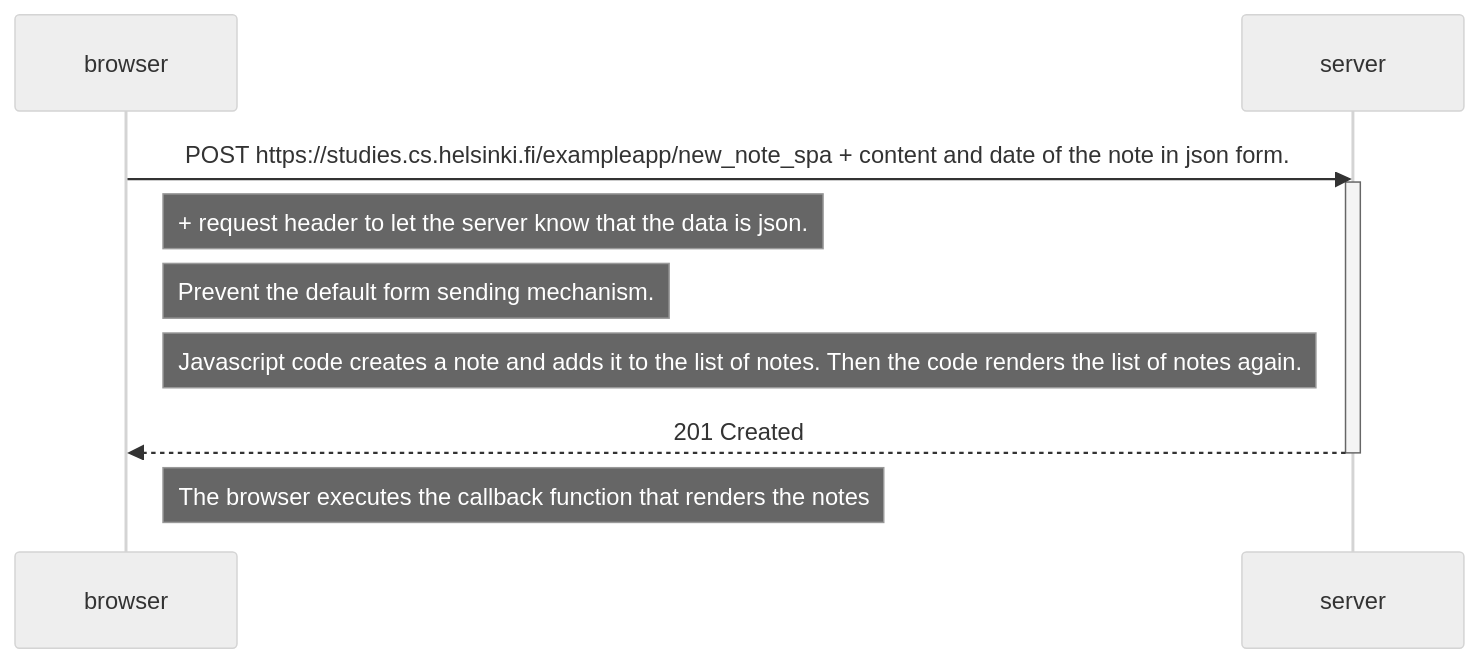
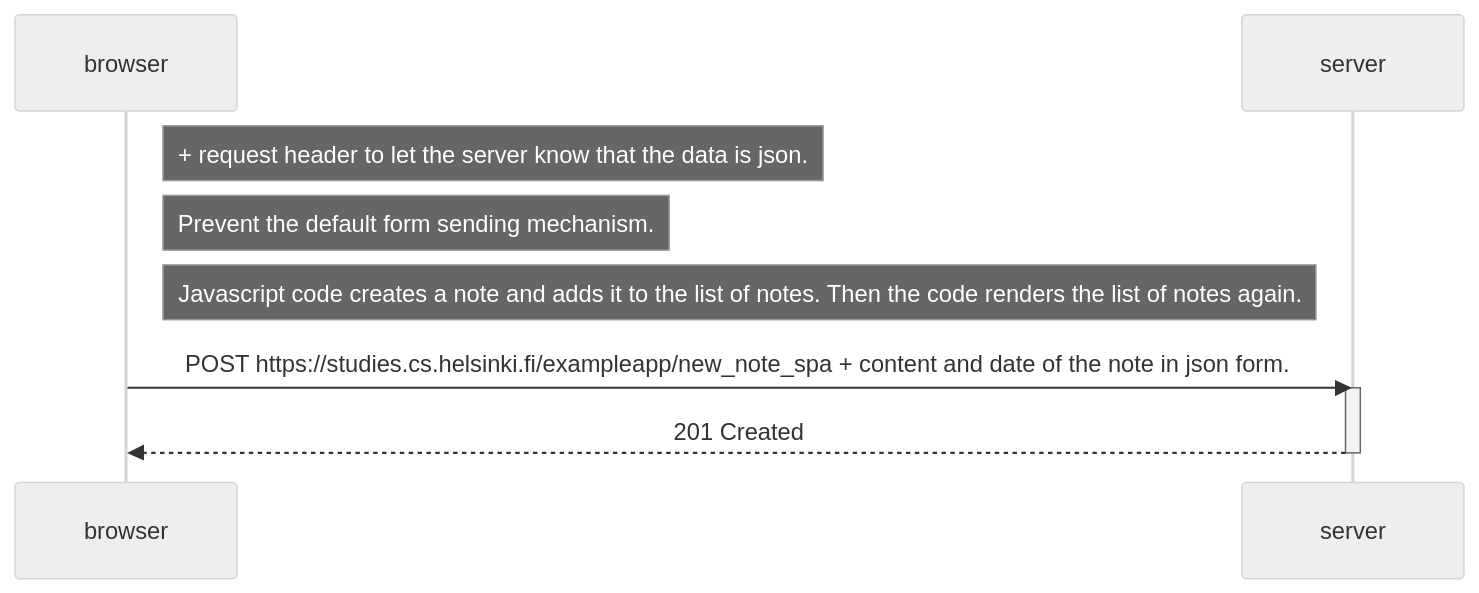
Before and after one commit to withoutglue/FullStack-HY: the diagram in osa0/Uusi_muistiinpano.md, drawn with Mermaid (neutral theme).

````diff
--- a/osa0/Uusi_muistiinpano.md
+++ b/osa0/Uusi_muistiinpano.md
@@ -3,15 +3,15 @@
 ```mermaid
 sequenceDiagram
     participant browser
     participant server
-    
-    browser->>server: POST https://studies.cs.helsinki.fi/exampleapp/new_note_spa + content and date of the note in json form.
-    activate server
+
     Note right of browser: + request header to let the server know that the data is json.
     Note right of browser: Prevent the default form sending mechanism.
     Note right of browser: Javascript code creates a note and adds it to the list of notes. Then the code renders the list of notes again. 
+    browser->>server: POST https://studies.cs.helsinki.fi/exampleapp/new_note_spa + content and date of the note in json form.
+    activate server
     server-->>browser: 201 Created
     deactivate server
 
-    Note right of browser: The browser executes the callback function that renders the notes 
+
 ```
````
